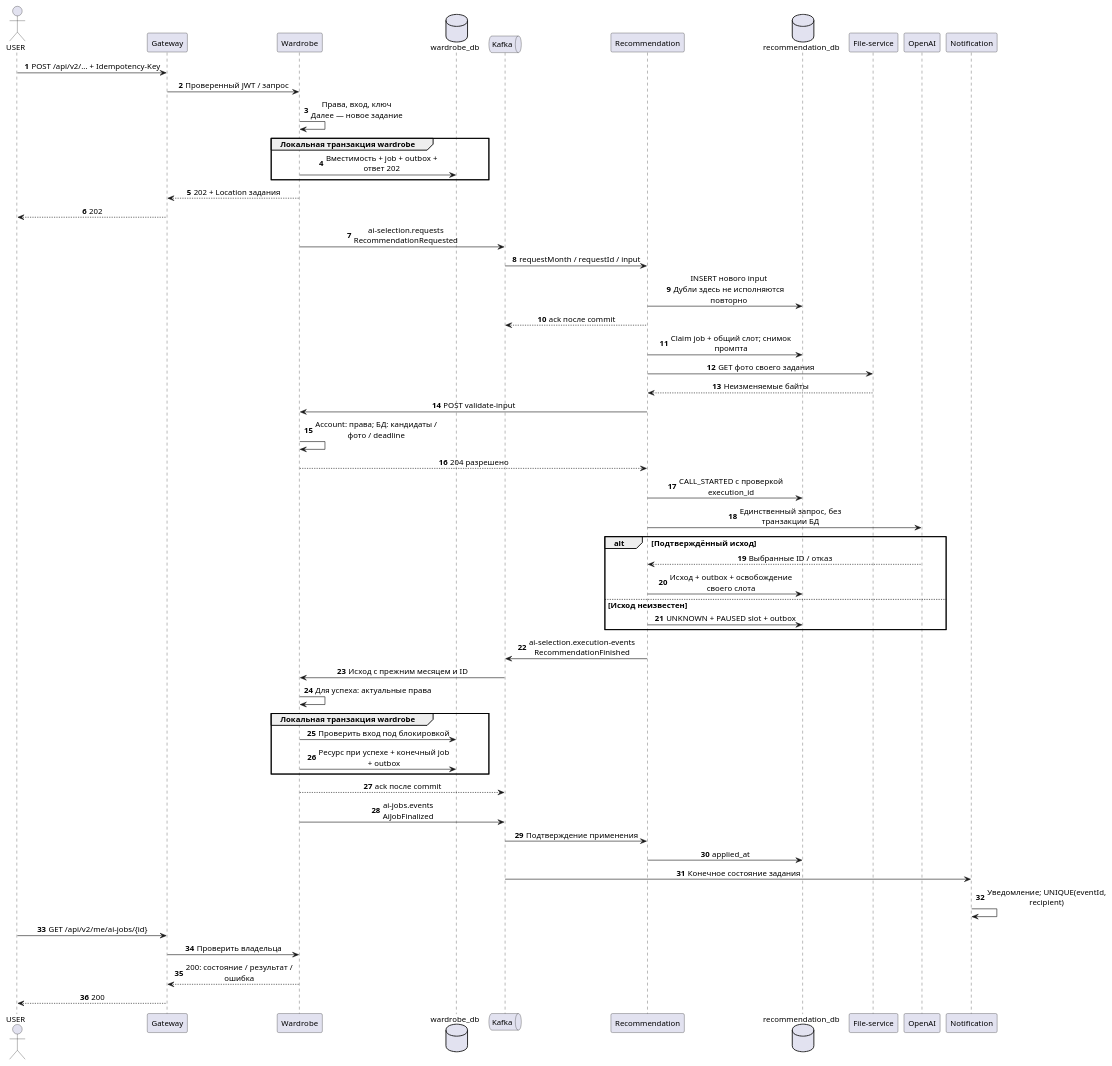
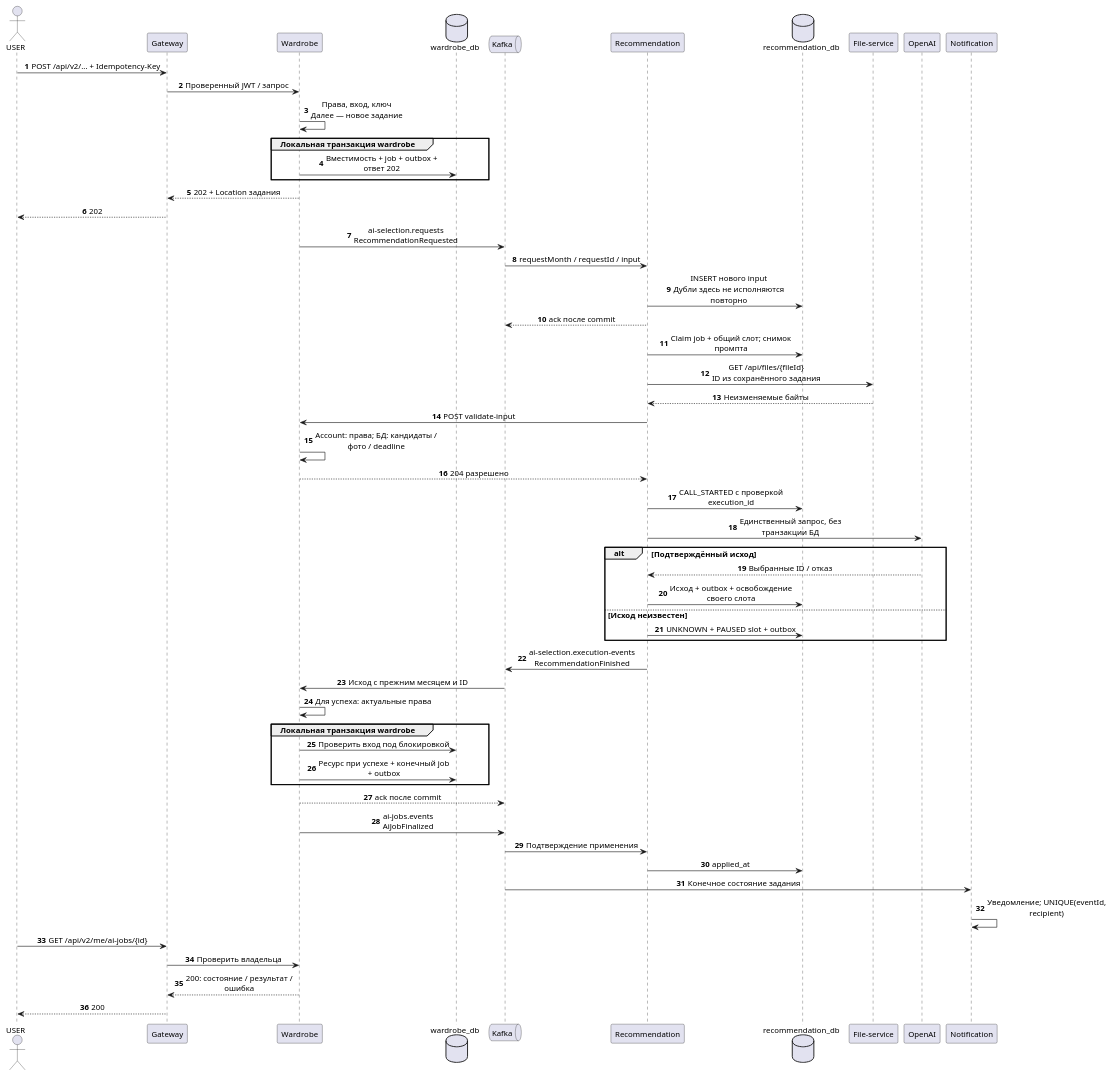
The diagram in docs/lab4/diagrams/ai-selection.puml (SimeonGor/clothes-advisor), drawn with PlantUML before and after one commit. The commit also changed 21 other files, not shown here.

```diff
--- a/docs/lab4/diagrams/ai-selection.puml
+++ b/docs/lab4/diagrams/ai-selection.puml
@@ -1,62 +1,62 @@
 @startuml ai-selection
 skinparam backgroundColor #FFFFFF
 skinparam defaultFontName SansSerif
 skinparam defaultFontSize 13
 skinparam shadowing false
 skinparam sequenceMessageAlign center
 skinparam maxMessageSize 220
 autonumber
 actor "USER" as user
 participant "Gateway" as gw
 participant "Wardrobe" as w
 database "wardrobe_db" as wd
 queue "Kafka" as k
 participant "Recommendation" as r
 database "recommendation_db" as rd
 participant "File-service" as f
 participant "OpenAI" as ai
 participant "Notification" as n
 user -> gw : POST /api/v2/... + Idempotency-Key
 gw -> w : Проверенный JWT / запрос
 w -> w : Права, вход, ключ\nДалее — новое задание
 group Локальная транзакция wardrobe
   w -> wd : Вместимость + job + outbox + ответ 202
 end
 w --> gw : 202 + Location задания
 gw --> user : 202
 w -> k : ai-selection.requests\nRecommendationRequested
 k -> r : requestMonth / requestId / input
 r -> rd : INSERT нового input\nДубли здесь не исполняются повторно
 r --> k : ack после commit
 r -> rd : Claim job + общий слот; снимок промпта
-r -> f : GET фото своего задания
+r -> f : GET /api/files/{fileId}\nID из сохранённого задания
 f --> r : Неизменяемые байты
 r -> w : POST validate-input
 w -> w : Account: права; БД: кандидаты / фото / deadline
 w --> r : 204 разрешено
 r -> rd : CALL_STARTED с проверкой execution_id
 r -> ai : Единственный запрос, без транзакции БД
 alt Подтверждённый исход
   ai --> r : Выбранные ID / отказ
   r -> rd : Исход + outbox + освобождение своего слота
 else Исход неизвестен
   r -> rd : UNKNOWN + PAUSED slot + outbox
 end
 r -> k : ai-selection.execution-events\nRecommendationFinished
 k -> w : Исход с прежним месяцем и ID
 w -> w : Для успеха: актуальные права
 group Локальная транзакция wardrobe
   w -> wd : Проверить вход под блокировкой
   w -> wd : Ресурс при успехе + конечный job + outbox
 end
 w --> k : ack после commit
 w -> k : ai-jobs.events\nAiJobFinalized
 k -> r : Подтверждение применения
 r -> rd : applied_at
 k -> n : Конечное состояние задания
 n -> n : Уведомление; UNIQUE(eventId, recipient)
 user -> gw : GET /api/v2/me/ai-jobs/{id}
 gw -> w : Проверить владельца
 w --> gw : 200: состояние / результат / ошибка
 gw --> user : 200
 @enduml
```
